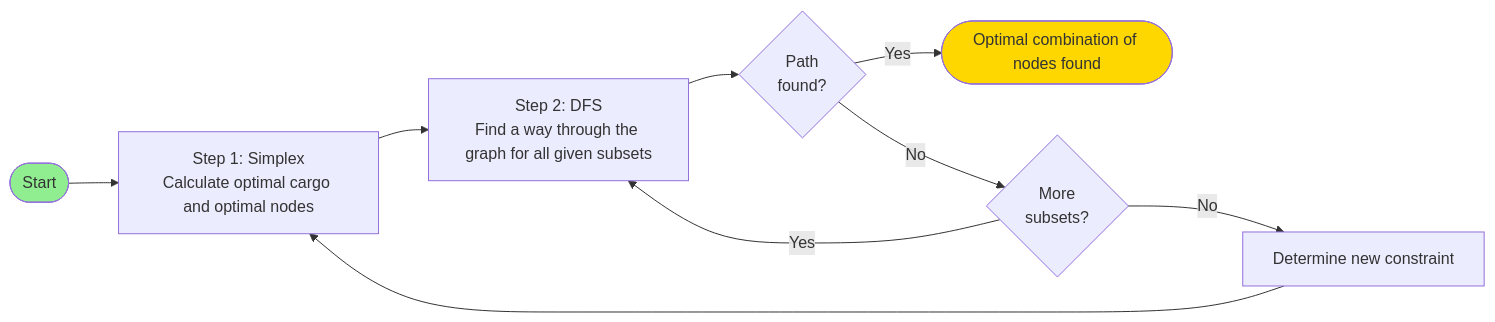
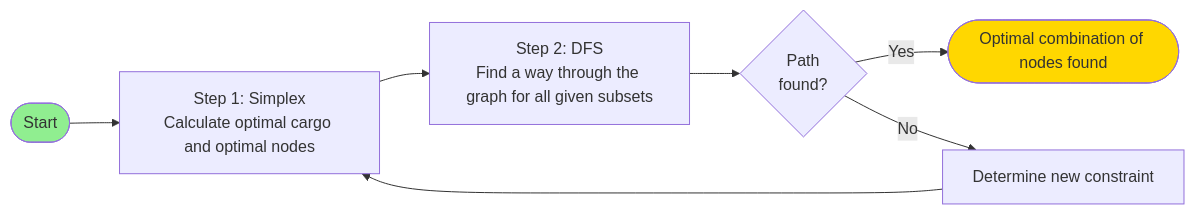
Before and after one commit to SimonLuttmann/odm_group11: the diagram in slides.md, drawn with Mermaid. The commit also changed other lines of this file, not shown here.

Commit message:
fixed flow and spelling

````diff
--- a/slides.md
+++ b/slides.md
@@ -45,15 +45,13 @@
 ```mermaid {scale: 0.6}
 flowchart LR
     Start([Start]) --> Step1[Step 1: Simplex<br/>Calculate optimal cargo and optimal nodes]
     Step1 --> Step2[Step 2: DFS<br/>Find a way through the graph for all given subsets]
     Step2 --> Check{Path<br/>found?}
     Check -->|Yes| Success([Optimal combination of nodes found])
-    Check -->|No| NextBest{More<br/>subsets?}
-    NextBest -->|Yes| Step2
-    NextBest -->|No| NewCon[Determine new constraint]
+    Check -->|No| NewCon[Determine new constraint]
     NewCon --> Step1
     Step1
 
     style Start fill:#90EE90
     style Success fill:#FFD700
 ```
````
